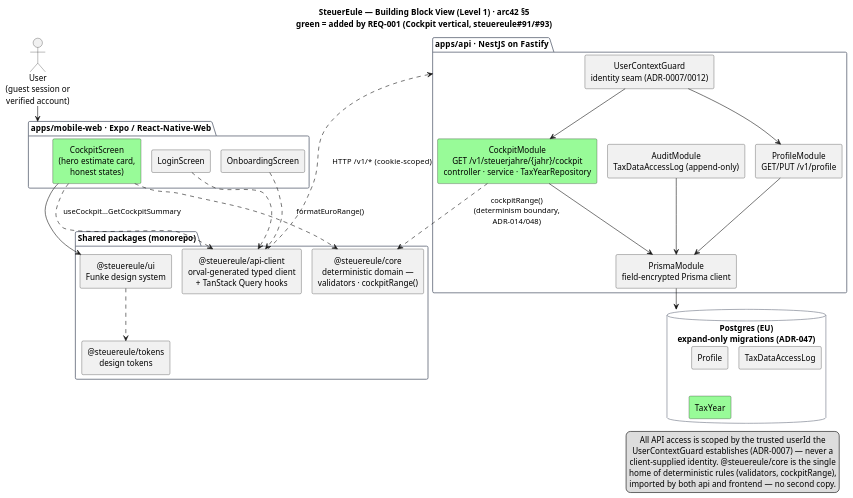
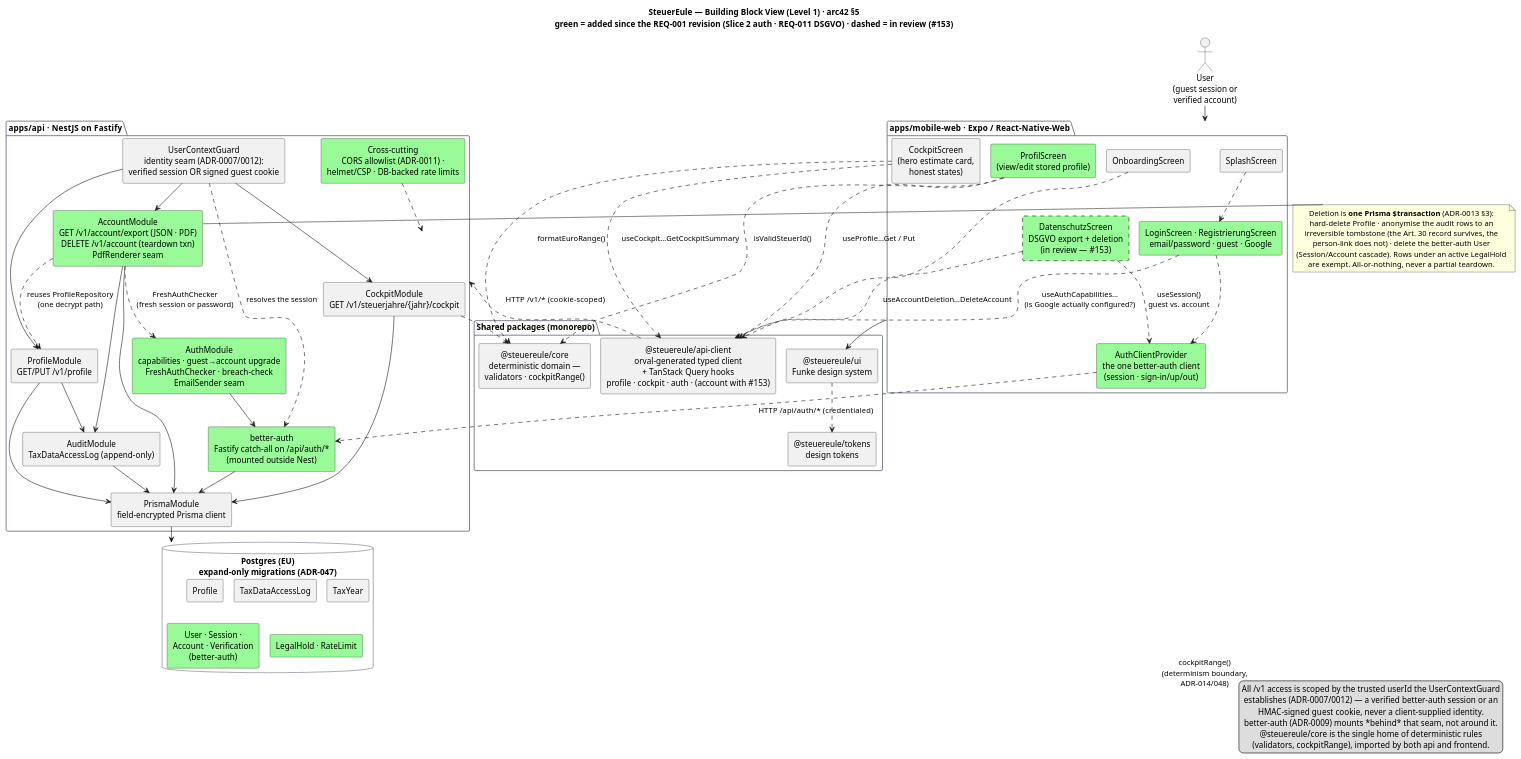
Before and after one commit to NexusHero/Steuereule: the diagram in docs/arc42/building-block-view.puml, drawn with PlantUML. The commit also changed 7 other files, not shown here.

```diff
--- a/docs/arc42/building-block-view.puml
+++ b/docs/arc42/building-block-view.puml
@@ -1,73 +1,112 @@
 @startuml building-block-view
 ' Rendered with PlantUML's built-in Smetana layout (pure Java) so the SVG export
 ' needs no external Graphviz/dot install — reproducible in CI and on any machine.
 !pragma layout smetana
 ' arc42 §5 — Building Block View (Level 1 whitebox) of the SteuerEule system.
 ' Source of record for the diagram; export to building-block-view.svg (see README).
-' Highlighted (green) = building blocks added by REQ-001, the Cockpit vertical
-' (steuereule#91 backend / #93 frontend). Keep this in step with the code — a stale
-' arc42 is treated as a failing test.
+' Highlighted (green) = building blocks added since this view's previous revision
+' (REQ-001, the Cockpit vertical): Slice 2's auth stack (REQ-005/006/008/009/010,
+' ADR-0009/0012) and REQ-011's DSGVO export/deletion (ADR-0013).
+' Dashed = built and in review, arrives with steuereule#153.
+' Keep this in step with the code — a stale arc42 is treated as a failing test.
 skinparam componentStyle rectangle
 skinparam defaultTextAlignment center
 skinparam shadowing false
 skinparam rectangleBorderColor #6b7280
 skinparam packageBorderColor #6b7280
 
-title SteuerEule — Building Block View (Level 1) · arc42 §5\ngreen = added by REQ-001 (Cockpit vertical, steuereule#91/#93)
+title SteuerEule — Building Block View (Level 1) · arc42 §5\ngreen = added since the REQ-001 revision (Slice 2 auth · REQ-011 DSGVO) · dashed = in review (#153)
 
 actor "User\n(guest session or\nverified account)" as user
 
 package "apps/mobile-web  ·  Expo / React-Native-Web" as fe {
-  component "LoginScreen" as login
+  component "SplashScreen" as splash
+  component "LoginScreen · RegistrierungScreen\nemail/password · guest · Google" as login #palegreen
   component "OnboardingScreen" as onb
-  component "CockpitScreen\n(hero estimate card,\nhonest states)" as cockpitScreen #palegreen
+  component "CockpitScreen\n(hero estimate card,\nhonest states)" as cockpitScreen
+  component "ProfilScreen\n(view/edit stored profile)" as profilScreen #palegreen
+  component "DatenschutzScreen\nDSGVO export + deletion\n(in review — #153)" as datenschutzScreen #palegreen;line.dashed
+  component "AuthClientProvider\nthe one better-auth client\n(session · sign-in/up/out)" as authClient #palegreen
 }
 
 package "Shared packages (monorepo)" as pkgs {
   component "@steuereule/core\ndeterministic domain —\nvalidators · cockpitRange()" as core
-  component "@steuereule/api-client\norval-generated typed client\n+ TanStack Query hooks" as apiclient
+  component "@steuereule/api-client\norval-generated typed client\n+ TanStack Query hooks\nprofile · cockpit · auth · (account with #153)" as apiclient
   component "@steuereule/ui\nFunke design system" as ui
   component "@steuereule/tokens\ndesign tokens" as tokens
 }
 
 package "apps/api  ·  NestJS on Fastify" as api {
-  component "UserContextGuard\nidentity seam (ADR-0007/0012)" as guard
+  component "better-auth\nFastify catch-all on /api/auth/*\n(mounted outside Nest)" as betterauth #palegreen
+  component "UserContextGuard\nidentity seam (ADR-0007/0012):\nverified session OR signed guest cookie" as guard
+  component "AuthModule\ncapabilities · guest→account upgrade\nFreshAuthChecker · breach-check\nEmailSender seam" as authMod #palegreen
   component "ProfileModule\nGET/PUT /v1/profile" as profile
-  component "CockpitModule\nGET /v1/steuerjahre/{jahr}/cockpit\ncontroller · service · TaxYearRepository" as cockpitMod #palegreen
+  component "CockpitModule\nGET /v1/steuerjahre/{jahr}/cockpit" as cockpitMod
+  component "AccountModule\nGET /v1/account/export (JSON · PDF)\nDELETE /v1/account (teardown txn)\nPdfRenderer seam" as accountMod #palegreen
   component "AuditModule\nTaxDataAccessLog (append-only)" as audit
   component "PrismaModule\nfield-encrypted Prisma client" as prisma
+  component "Cross-cutting\nCORS allowlist (ADR-0011) ·\nhelmet/CSP · DB-backed rate limits" as crosscut #palegreen
 }
 
 database "Postgres (EU)\nexpand-only migrations (ADR-047)" as db {
   component "Profile" as tProfile
   component "TaxDataAccessLog" as tAudit
-  component "TaxYear" as tTaxYear #palegreen
+  component "TaxYear" as tTaxYear
+  component "User · Session ·\nAccount · Verification\n(better-auth)" as tAuth #palegreen
+  component "LegalHold · RateLimit" as tHold #palegreen
 }
 
 user --> fe
-login ..> apiclient
+splash ..> login
+login ..> authClient
+login ..> apiclient : useAuthCapabilities…\n(is Google actually configured?)
 onb ..> apiclient
 cockpitScreen ..> apiclient : useCockpit…GetCockpitSummary
-cockpitScreen --> ui
 cockpitScreen ..> core : formatEuroRange()
+profilScreen ..> apiclient : useProfile…Get / Put
+profilScreen ..> core : isValidSteuerId()
+datenschutzScreen ..> apiclient : useAccountDeletion…DeleteAccount
+datenschutzScreen ..> authClient : useSession()\nguest vs. account
+fe --> ui
 ui ..> tokens
 
+authClient ..> betterauth : HTTP  /api/auth/*  (credentialed)
 apiclient ..> api : HTTP  /v1/*  (cookie-scoped)
 
+betterauth --> prisma
+guard ..> betterauth : resolves the session
 guard --> profile
 guard --> cockpitMod
+guard --> accountMod
+authMod --> betterauth
 profile --> prisma
+profile --> audit
 cockpitMod ..> core : cockpitRange()\n(determinism boundary,\nADR-014/048)
 cockpitMod --> prisma
+accountMod ..> profile : reuses ProfileRepository\n(one decrypt path)
+accountMod --> audit
+accountMod ..> authMod : FreshAuthChecker\n(fresh session or password)
+accountMod --> prisma
 audit --> prisma
 prisma --> db
+crosscut ..> api
+
+note right of accountMod
+  Deletion is **one Prisma $transaction** (ADR-0013 §3):
+  hard-delete Profile · anonymise the audit rows to an
+  irreversible tombstone (the Art. 30 record survives, the
+  person-link does not) · delete the better-auth User
+  (Session/Account cascade). Rows under an active LegalHold
+  are exempt. All-or-nothing, never a partial teardown.
+end note
 
 legend right
-  All API access is scoped by the trusted userId the
-  UserContextGuard establishes (ADR-0007) — never a
-  client-supplied identity. @steuereule/core is the single
-  home of deterministic rules (validators, cockpitRange),
-  imported by both api and frontend — no second copy.
+  All /v1 access is scoped by the trusted userId the UserContextGuard
+  establishes (ADR-0007/0012) — a verified better-auth session or an
+  HMAC-signed guest cookie, never a client-supplied identity.
+  better-auth (ADR-0009) mounts *behind* that seam, not around it.
+  @steuereule/core is the single home of deterministic rules
+  (validators, cockpitRange), imported by both api and frontend.
 endlegend
 
 @enduml
```
